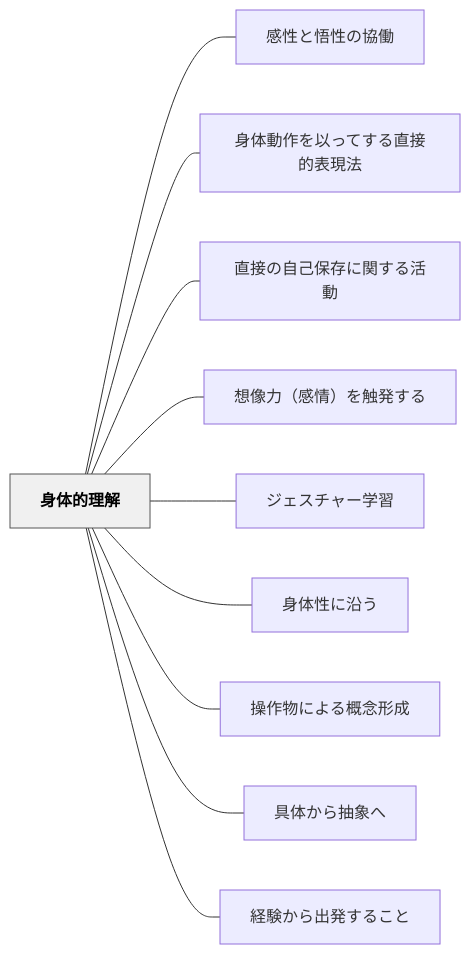
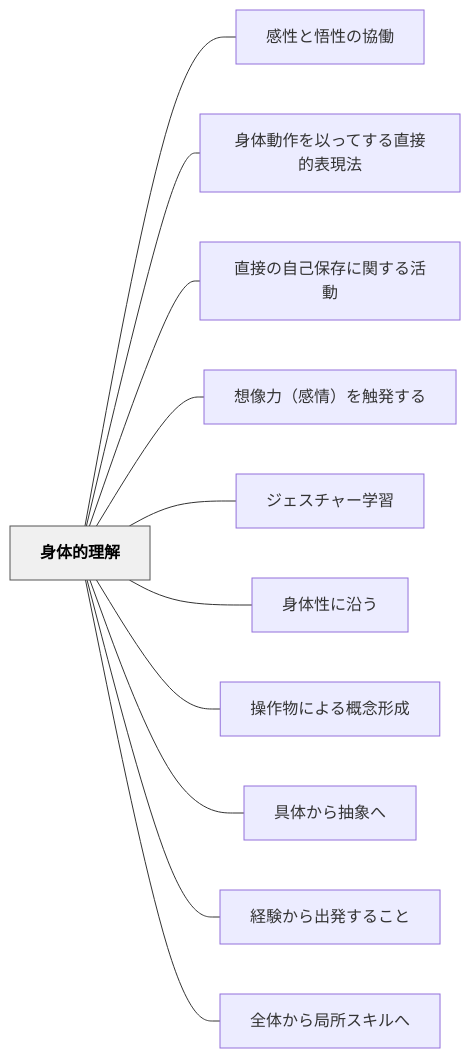
The diagram in content/パタン/身体的理解.md (unknownthings-ed-patterns/unknownthings-ed-patterns), drawn with Mermaid before and after one commit. The commit also changed other lines of this file and 158 other files, not shown here.

````diff
--- a/content/パタン/身体的理解.md
+++ b/content/パタン/身体的理解.md
@@ -52,26 +129,28 @@
 ```mermaid
 flowchart LR
     ne8baabe4bd93e79a84e79086e8a7a3["身体的理解"]
     ne6849fe680a7e381a8e6829fe680a7e381aee58d94e5838d["感性と悟性の協働"]
     ne8baabe4bd93e58b95e4bd9ce38292e4bba5e381a3e381a6e38199e3828be79bb4e68ea5e79a84e8a1a8e78fbee6b395["身体動作を以ってする直接的表現法"]
     ne79bb4e68ea5e381aee887aae5b7b1e4bf9de5ad98e381abe996a2e38199e3828be6b4bbe58b95["直接の自己保存に関する活動"]
     ne683b3e5838fe58a9befbc88e6849fe68385efbc89e38292e8a7a6e799bae38199e3828b["想像力（感情）を触発する"]
     ne382b8e382a7e382b9e38381e383a3e383bce5ada6e7bf92["ジェスチャー学習"]
     ne8baabe4bd93e680a7e381abe6b2bfe38186["身体性に沿う"]
     ne6938de4bd9ce789a9e381abe38288e3828be6a682e5bfb5e5bda2e68890["操作物による概念形成"]
     ne585b7e4bd93e3818be38289e68abde8b1a1e381b8["具体から抽象へ"]
     ne7b58ce9a893e3818be38289e587bae799bae38199e3828be38193e381a8["経験から出発すること"]
+    ne585a8e4bd93e3818be38289e5b180e68980e382b9e382ade383abe381b8["全体から局所スキルへ"]
 
     ne8baabe4bd93e79a84e79086e8a7a3 --- ne6849fe680a7e381a8e6829fe680a7e381aee58d94e5838d
     ne8baabe4bd93e79a84e79086e8a7a3 --- ne8baabe4bd93e58b95e4bd9ce38292e4bba5e381a3e381a6e38199e3828be79bb4e68ea5e79a84e8a1a8e78fbee6b395
     ne8baabe4bd93e79a84e79086e8a7a3 --- ne79bb4e68ea5e381aee887aae5b7b1e4bf9de5ad98e381abe996a2e38199e3828be6b4bbe58b95
     ne8baabe4bd93e79a84e79086e8a7a3 --- ne683b3e5838fe58a9befbc88e6849fe68385efbc89e38292e8a7a6e799bae38199e3828b
     ne8baabe4bd93e79a84e79086e8a7a3 --- ne382b8e382a7e382b9e38381e383a3e383bce5ada6e7bf92
     ne8baabe4bd93e79a84e79086e8a7a3 --- ne8baabe4bd93e680a7e381abe6b2bfe38186
     ne8baabe4bd93e79a84e79086e8a7a3 --- ne6938de4bd9ce789a9e381abe38288e3828be6a682e5bfb5e5bda2e68890
     ne8baabe4bd93e79a84e79086e8a7a3 --- ne585b7e4bd93e3818be38289e68abde8b1a1e381b8
     ne8baabe4bd93e79a84e79086e8a7a3 --- ne7b58ce9a893e3818be38289e587bae799bae38199e3828be38193e381a8
+    ne8baabe4bd93e79a84e79086e8a7a3 --- ne585a8e4bd93e3818be38289e5b180e68980e382b9e382ade383abe381b8
 
     classDef hub fill:#f0f0f0,stroke:#555,color:#000,font-weight:bold
     class ne8baabe4bd93e79a84e79086e8a7a3 hub
 ```
````
